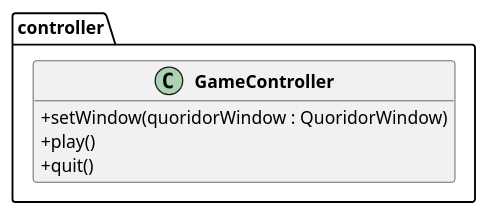
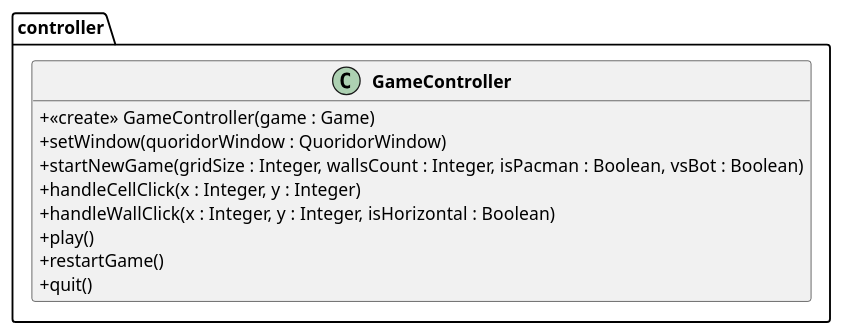
Before and after one commit to AgentOutsiders/A31-Projet-Quoridor: the diagram in uml/controller.puml, drawn with PlantUML. The commit also changed 3 other files, not shown here.

Commit message:
add initial architecture and MVC diagrams

```diff
--- a/uml/controller.puml
+++ b/uml/controller.puml
@@ -1,17 +1,21 @@
 @startuml
 skinparam classAttributeIconSize 0
 skinparam classFontStyle Bold
 hide empty members
 
 package controller {
 
-    ' Receives the user actions from the view and changes the displayed page
-    ' (its window is shown by a relation in diagram.puml)
+    ' Reçoit les actions de la vue, met à jour le modèle et pilote la navigation
     class GameController {
+        + <<create>> GameController(game : Game)
         + setWindow(quoridorWindow : QuoridorWindow)
+        + startNewGame(gridSize : Integer, wallsCount : Integer, isPacman : Boolean, vsBot : Boolean)
+        + handleCellClick(x : Integer, y : Integer)
+        + handleWallClick(x : Integer, y : Integer, isHorizontal : Boolean)
         + play()
+        + restartGame()
         + quit()
     }
 }
 
 @enduml
```
